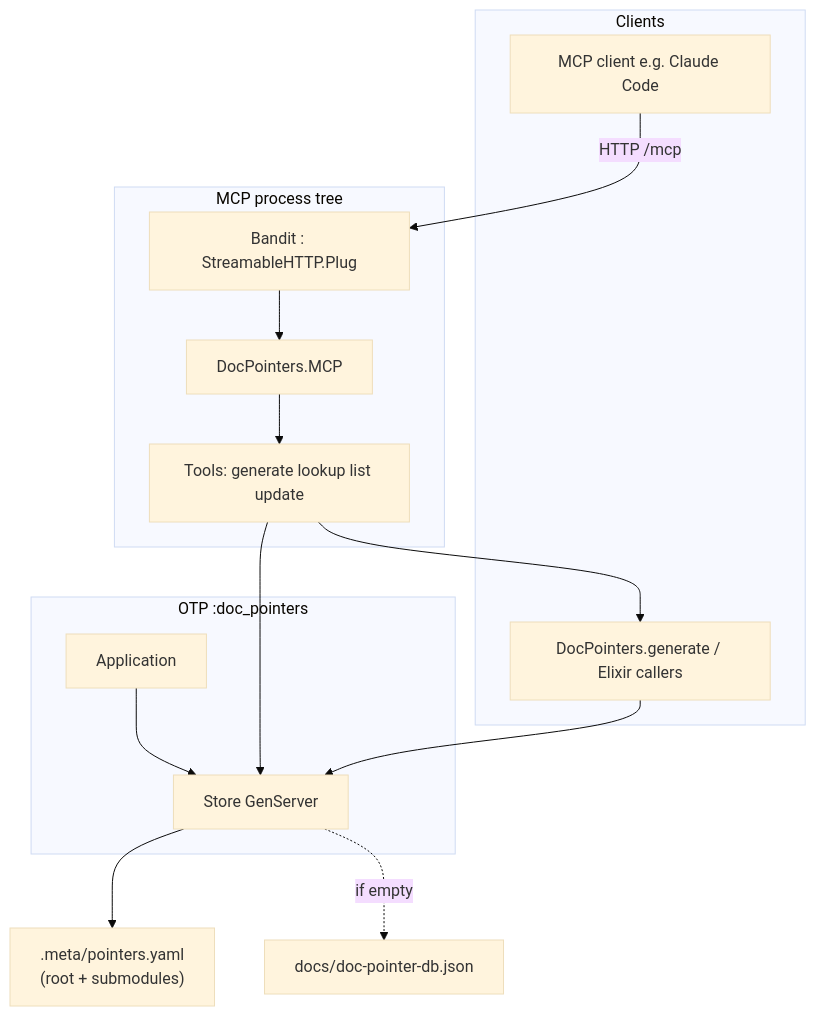
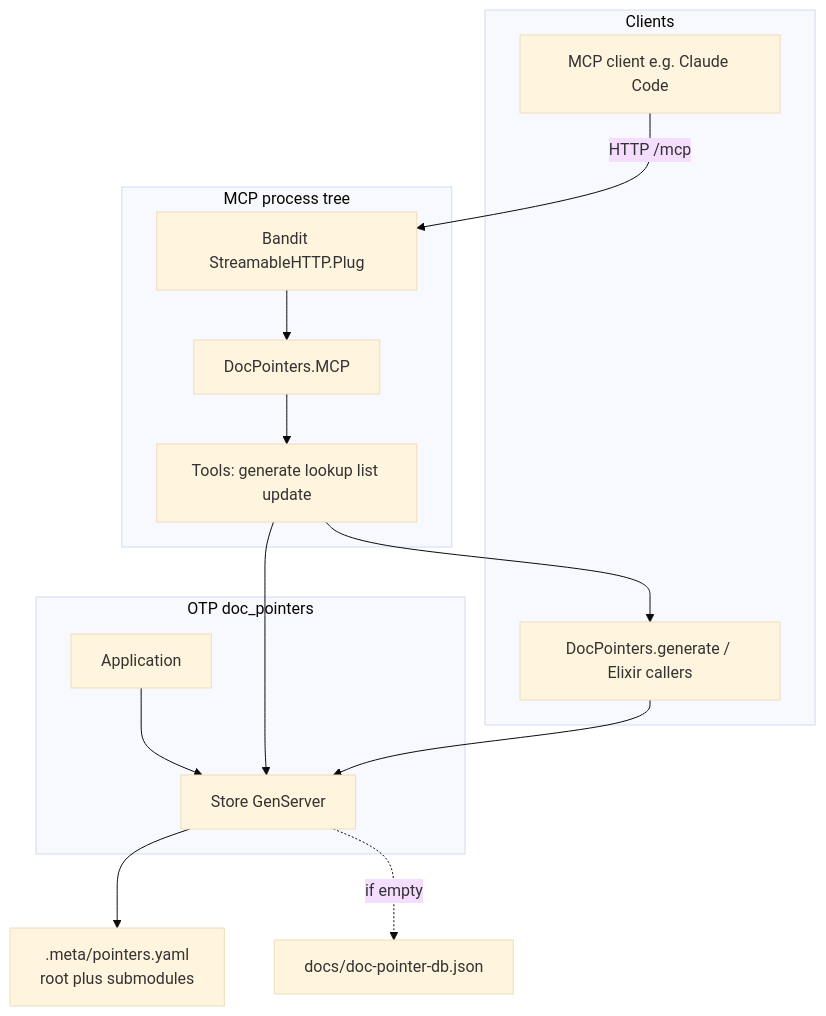
One commit to the-robot-lives/doc-pointers changed the first of 3 diagrams in docs/PROJ-ARCH.md. Above: the diagram before and after it, drawn with Mermaid (base theme). The commit also changed other lines of this file, not shown here.

Commit message:
mermaid updatE

````diff
--- a/docs/PROJ-ARCH.md
+++ b/docs/PROJ-ARCH.md
@@ -53,29 +53,29 @@
 ```mermaid
 flowchart TB
   subgraph clients [Clients]
-    API[DocPointers.generate / Elixir callers]
-    MCPClient[MCP client e.g. Claude Code]
+    API["DocPointers.generate / Elixir callers"]
+    MCPClient["MCP client e.g. Claude Code"]
   end
 
-  subgraph otp [OTP :doc_pointers]
+  subgraph otp [OTP doc_pointers]
     App[Application]
-    Store[Store GenServer]
+    Store["Store GenServer"]
     App --> Store
   end
 
   subgraph mcp_runtime [MCP process tree]
-    MCP[DocPointers.MCP]
-    Bandit[Bandit : StreamableHTTP.Plug]
-    Tools[Tools: generate lookup list update]
+    MCP["DocPointers.MCP"]
+    Bandit["Bandit StreamableHTTP.Plug"]
+    Tools["Tools: generate lookup list update"]
     MCP --> Tools
     Bandit --> MCP
   end
 
   API --> Store
   Tools --> Store
   Tools --> API
-  MCPClient -->|HTTP /mcp| Bandit
+  MCPClient -->|"HTTP /mcp"| Bandit
 
-  Store --> YAML[".meta/pointers.yaml\n(root + submodules)"]
+  Store --> YAML[".meta/pointers.yaml<br/>root plus submodules"]
   Store -.->|if empty| Legacy["docs/doc-pointer-db.json"]
 ```
````
